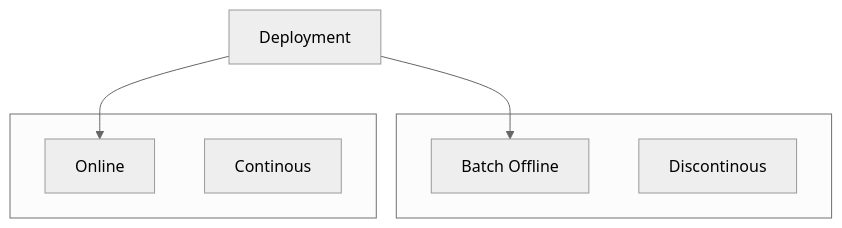
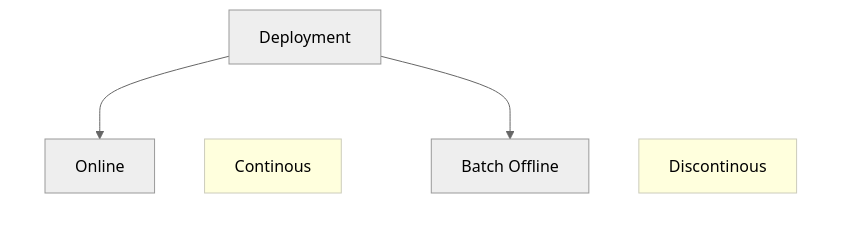
One commit to mossdet/mlops-dlp changed the diagram in week04/README.md. Above: the diagram before and after it, drawn with Mermaid (neutral theme).

````diff
--- a/week04/README.md
+++ b/week04/README.md
@@ -3,14 +3,20 @@
 ```mermaid
 graph TD
+    classDef sub opacity:0
+    classDef note fill:#ffd, stroke:#ccb
+
     A[Deployment]-->B[Batch Offline];
     subgraph subB [" "]
         B
         noteB[Discontinous]
     end
 
     A-->C[Online];
     subgraph subC [" "]
         C
         noteC[Continous]
     end
+
+    class subA,subB,subC sub
+    class noteA,noteB,noteC note
 ```
````
